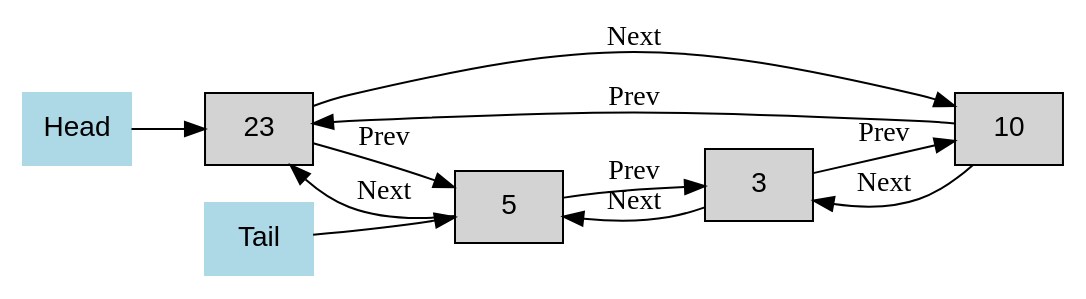
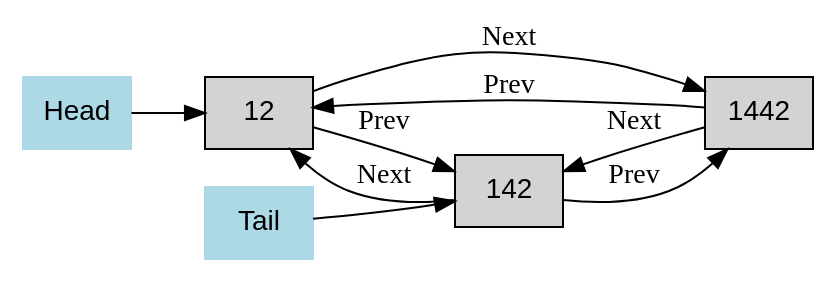
The diagram in utils/graphviz/doublyCircularList.dot (HenryD11703/estructuras-de-datos), drawn with Graphviz before and after one commit. The commit also changed 6 other files, not shown here.

Commit message:
Add HTTP endpoints for doubly linked list and doubly circular list operations; implement insert, delete, search, and graph generation functionalities

```diff
--- a/utils/graphviz/doublyCircularList.dot
+++ b/utils/graphviz/doublyCircularList.dot
@@ -1,21 +1,18 @@
 digraph g {
 node [shape=box, style=filled, fontname="Helvetica"];
 Head [label="Head",color=lightblue, fillcolor=lightblue];
 Tail [label="Tail",color=lightblue, fillcolor=lightblue];
-Head ->"0x6535094a1d10"
-Tail ->"0x6535094a1ad0"
-"0x6535094a1d10"[label="23"];
-"0x6535094a1d10"->"0x6535094a1cf0"[label="Next", color=black]
-"0x6535094a1d10"->"0x6535094a1ad0"[label="Prev", color=black]
-"0x6535094a1cf0"[label="10"];
-"0x6535094a1cf0"->"0x6535094a1cd0"[label="Next", color=black]
-"0x6535094a1cf0"->"0x6535094a1d10"[label="Prev", color=black]
-"0x6535094a1cd0"[label="3"];
-"0x6535094a1cd0"->"0x6535094a1ad0"[label="Next", color=black]
-"0x6535094a1cd0"->"0x6535094a1cf0"[label="Prev", color=black]
-"0x6535094a1ad0"[label="5"];
-"0x6535094a1ad0"->"0x6535094a1d10"[label="Next", color=black]
-"0x6535094a1ad0"->"0x6535094a1cd0"[label="Prev", color=black]
+Head ->"0x7d5b34003140"
+Tail ->"0x7d5b40003460"
+"0x7d5b34003140"[label="12"];
+"0x7d5b34003140"->"0x7d5b3c003140"[label="Next", color=black]
+"0x7d5b34003140"->"0x7d5b40003460"[label="Prev", color=black]
+"0x7d5b3c003140"[label="1442"];
+"0x7d5b3c003140"->"0x7d5b40003460"[label="Next", color=black]
+"0x7d5b3c003140"->"0x7d5b34003140"[label="Prev", color=black]
+"0x7d5b40003460"[label="142"];
+"0x7d5b40003460"->"0x7d5b34003140"[label="Next", color=black]
+"0x7d5b40003460"->"0x7d5b3c003140"[label="Prev", color=black]
 rankdir=LR;
 nodesep = 0.1
 }
```
